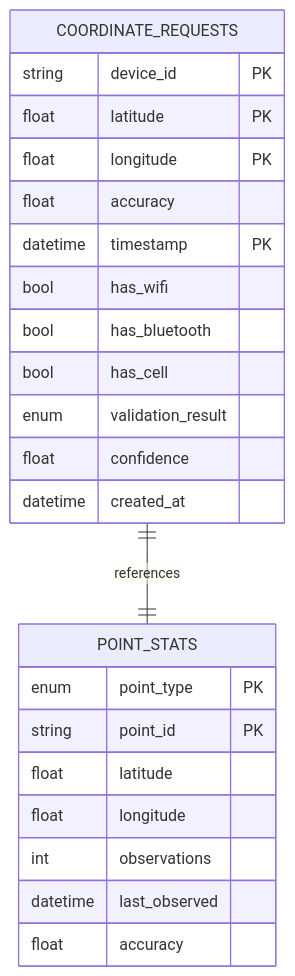
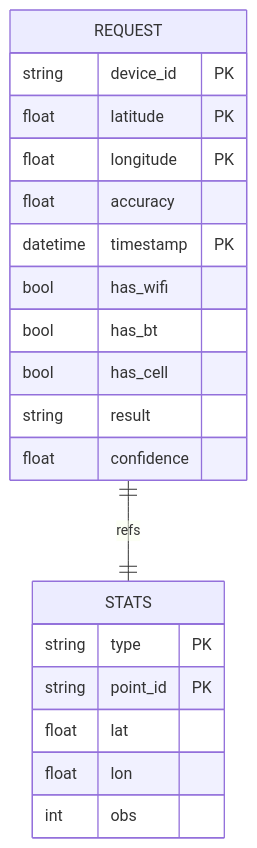
One commit to hzname/coordinate-validator changed the fifth of 6 diagrams in docs/architecture.md. Above: the diagram before and after it, drawn with Mermaid. The commit also changed other lines of this file, not shown here.

Commit message:
Fix Mermaid diagram syntax errors in architecture docs

````diff
--- a/docs/architecture.md
+++ b/docs/architecture.md
@@ -159,28 +160,25 @@
 ```mermaid
 erDiagram
-    COORDINATE_REQUESTS ||--|| POINT_STATS : "references"
+    REQUEST ||--|| STATS : "refs"
     
-    COORDINATE_REQUESTS {
+    REQUEST {
         string device_id PK
         float latitude PK
         float longitude PK
         float accuracy
         datetime timestamp PK
         bool has_wifi
-        bool has_bluetooth
+        bool has_bt
         bool has_cell
-        enum validation_result
+        string result
         float confidence
-        datetime created_at
     }
     
-    POINT_STATS {
-        enum point_type PK
+    STATS {
+        string type PK
         string point_id PK
-        float latitude
-        float longitude
-        int observations
-        datetime last_observed
-        float accuracy
+        float lat
+        float lon
+        int obs
     }
 ```
````
